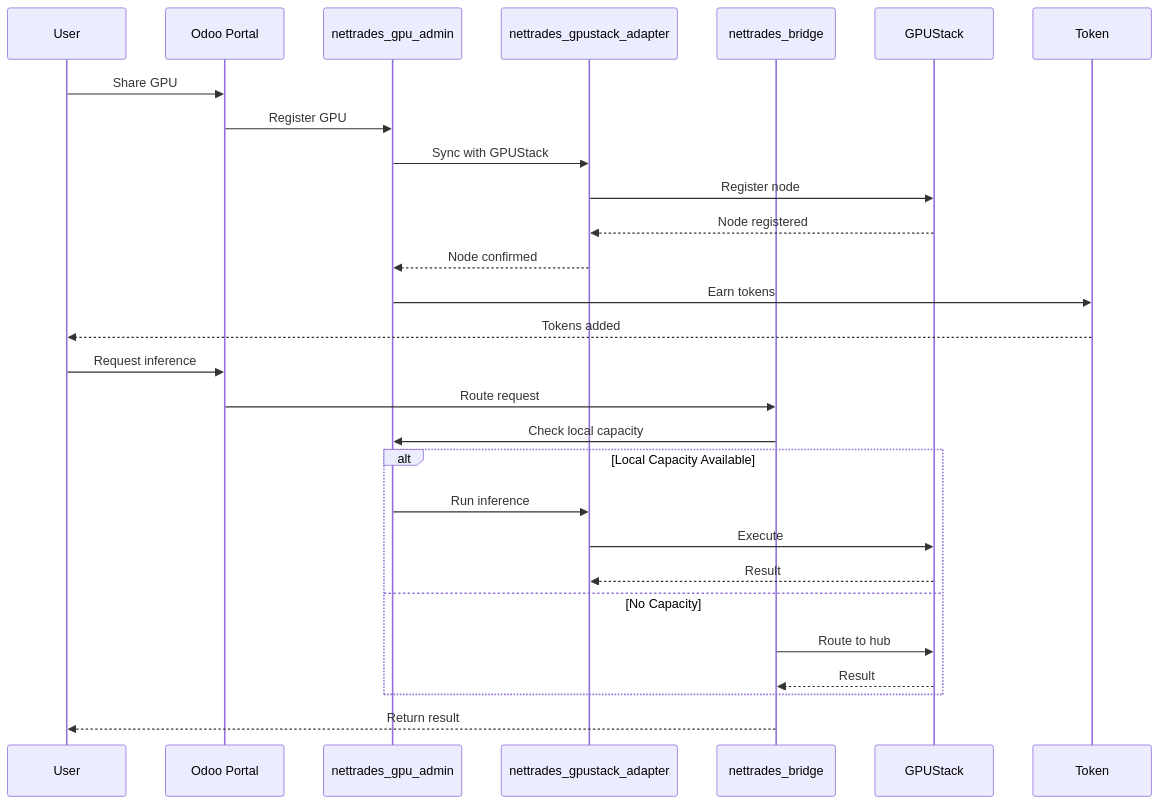
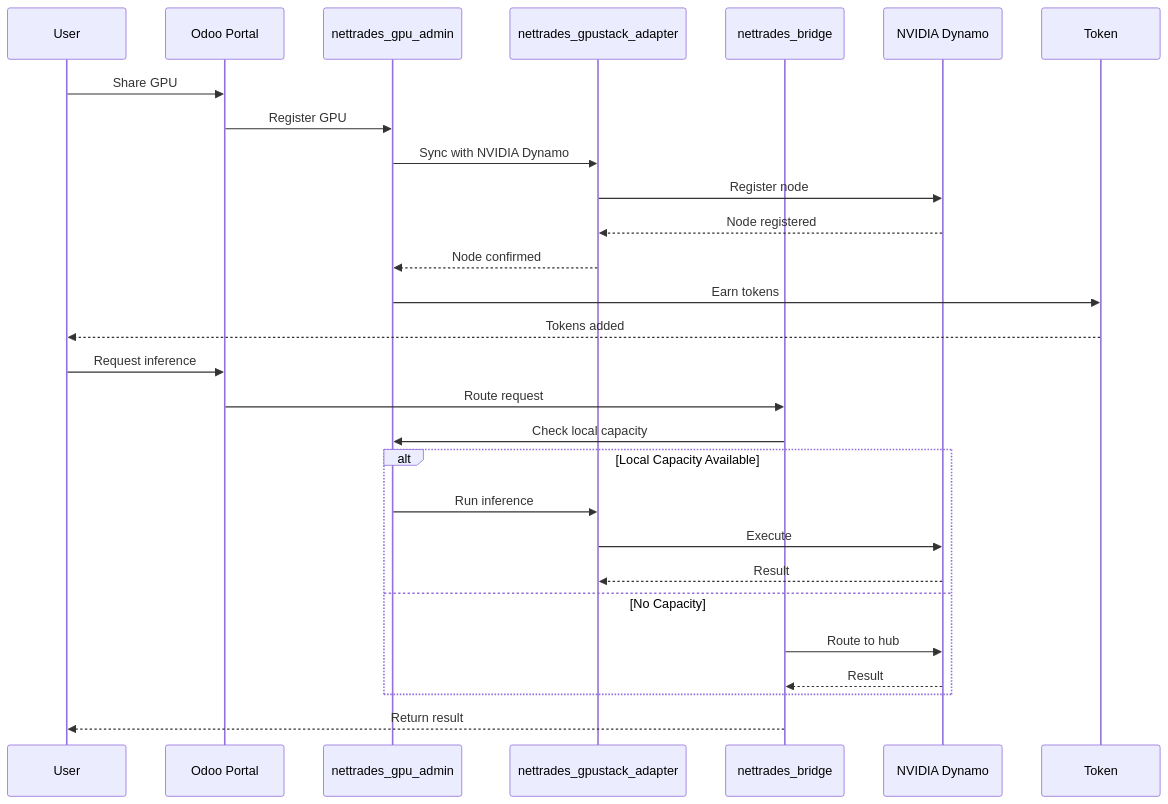
Before and after one commit to nettrades/nettrades-platform: diagram 14 of 17 in README.md, drawn with Mermaid. The commit also changed other lines of this file, not shown here.

Commit message:
removed GPUStack and replaced it with NVIDIA Dynamo

````diff
--- a/README.md
+++ b/README.md
@@ -1501,32 +1501,32 @@
 ```mermaid
 sequenceDiagram
     participant User
     participant Portal as Odoo Portal
     participant GPU as nettrades_gpu_admin
     participant Adapter as nettrades_gpustack_adapter
     participant Bridge as nettrades_bridge
-    participant GPUStack
+    participant NVIDIA Dynamo
     participant Token
 
     User->>Portal: Share GPU
     Portal->>GPU: Register GPU
-    GPU->>Adapter: Sync with GPUStack
-    Adapter->>GPUStack: Register node
-    GPUStack-->>Adapter: Node registered
+    GPU->>Adapter: Sync with NVIDIA Dynamo
+    Adapter->>NVIDIA Dynamo: Register node
+    NVIDIA Dynamo-->>Adapter: Node registered
     Adapter-->>GPU: Node confirmed
     GPU->>Token: Earn tokens
     Token-->>User: Tokens added
 
     User->>Portal: Request inference
     Portal->>Bridge: Route request
     Bridge->>GPU: Check local capacity
     alt Local Capacity Available
         GPU->>Adapter: Run inference
-        Adapter->>GPUStack: Execute
-        GPUStack-->>Adapter: Result
+        Adapter->>NVIDIA Dynamo: Execute
+        NVIDIA Dynamo-->>Adapter: Result
     else No Capacity
-        Bridge->>GPUStack: Route to hub
-        GPUStack-->>Bridge: Result
+        Bridge->>NVIDIA Dynamo: Route to hub
+        NVIDIA Dynamo-->>Bridge: Result
     end
     Bridge-->>User: Return result
 ```
````
